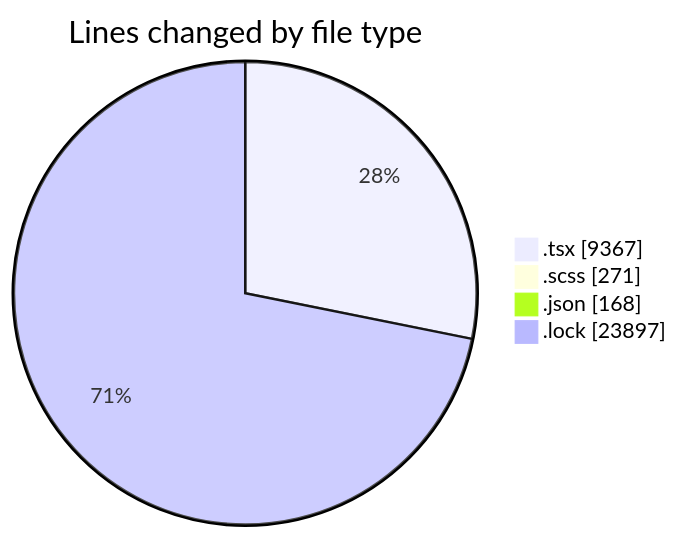
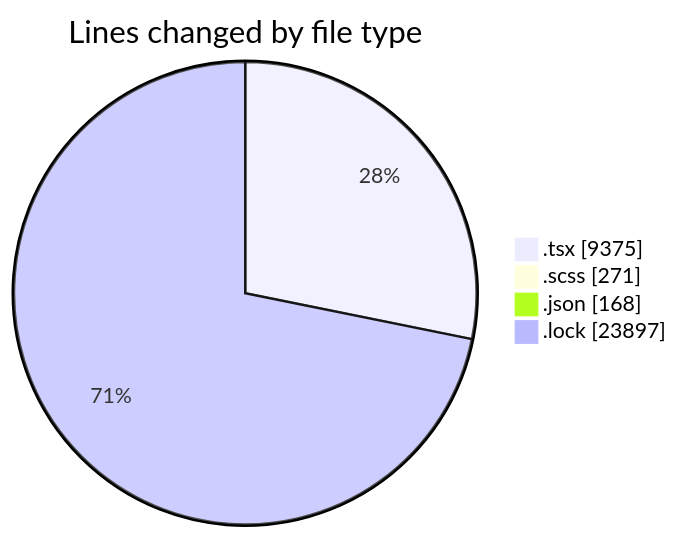
One commit to momahboobian/code-tracking changed the first of 2 diagrams in 2025-11-18/cda/README.md. Above: the diagram before and after it, drawn with Mermaid. The commit also changed other lines of this file and 1 other file, not shown here.

````diff
--- a/2025-11-18/cda/README.md
+++ b/2025-11-18/cda/README.md
@@ -38,8 +38,8 @@
 ```mermaid
 pie showData
 title Lines changed by file type
-".tsx" : 9367
+".tsx" : 9375
 ".scss" : 271
 ".json" : 168
 ".lock" : 23897
 ```
````
